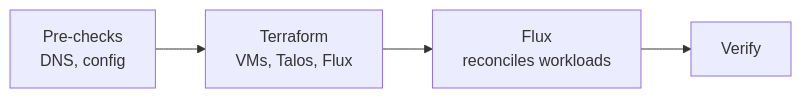
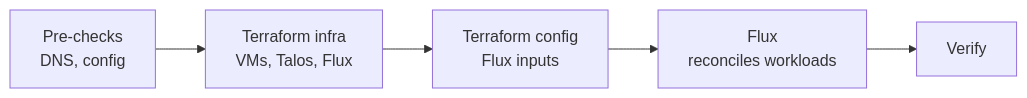
One commit to mojaloop/ml-deployment-toolkit changed the diagram in doc/adopter/deploy/deployment.md. Above: the diagram before and after it, drawn with Mermaid. The commit also changed other lines of this file and 14 other files, not shown here.

````diff
--- a/doc/adopter/deploy/deployment.md
+++ b/doc/adopter/deploy/deployment.md
@@ -21,6 +21,7 @@
 ```mermaid
 flowchart LR
-    pre["Pre-checks<br/>DNS, config"] --> tf["Terraform<br/>VMs, Talos, Flux"]
-    tf --> flux["Flux<br/>reconciles workloads"]
+    pre["Pre-checks<br/>DNS, config"] --> tfi["Terraform infra<br/>VMs, Talos, Flux"]
+    tfi --> tfc["Terraform config<br/>Flux inputs"]
+    tfc --> flux["Flux<br/>reconciles workloads"]
     flux --> v["Verify"]
 ```
````
